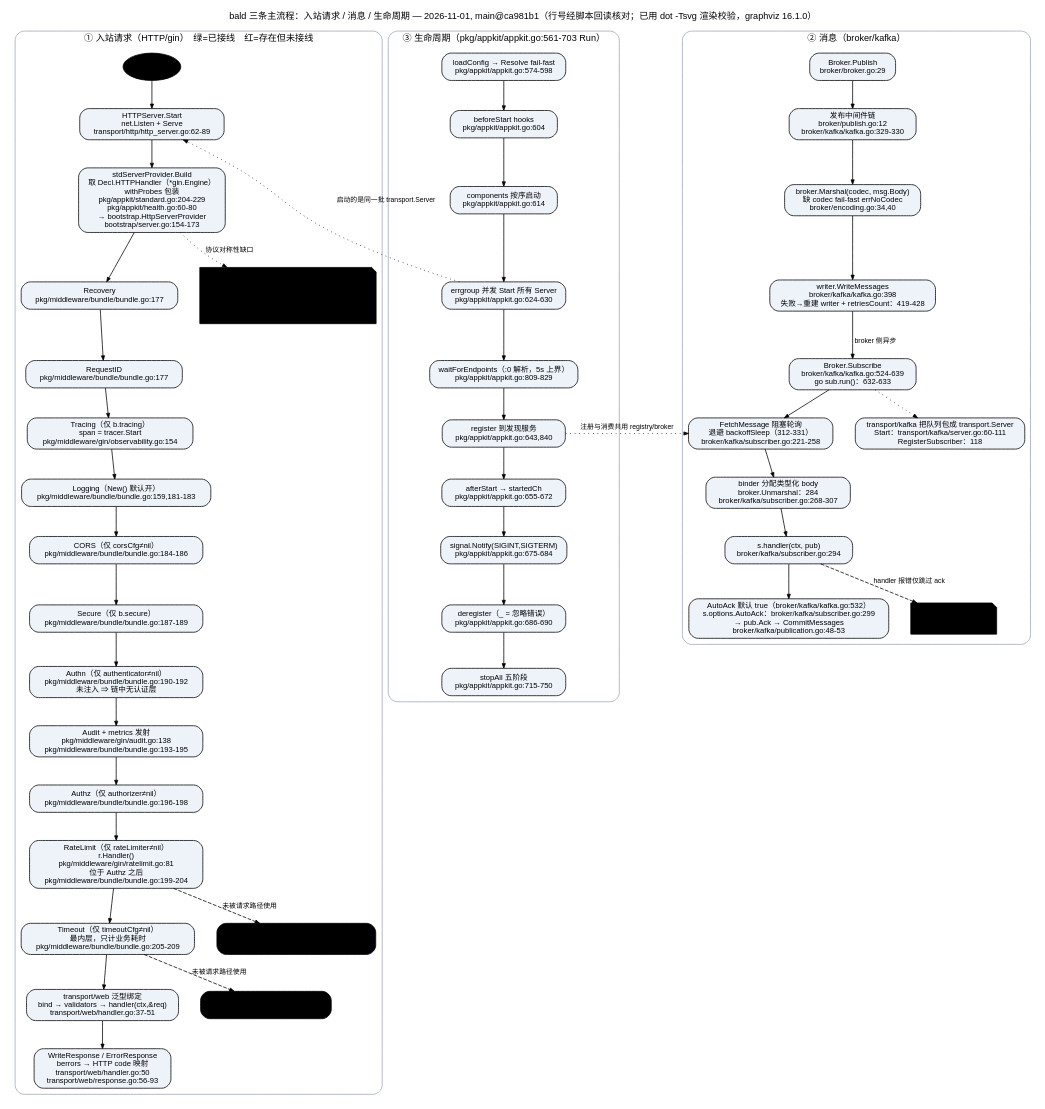
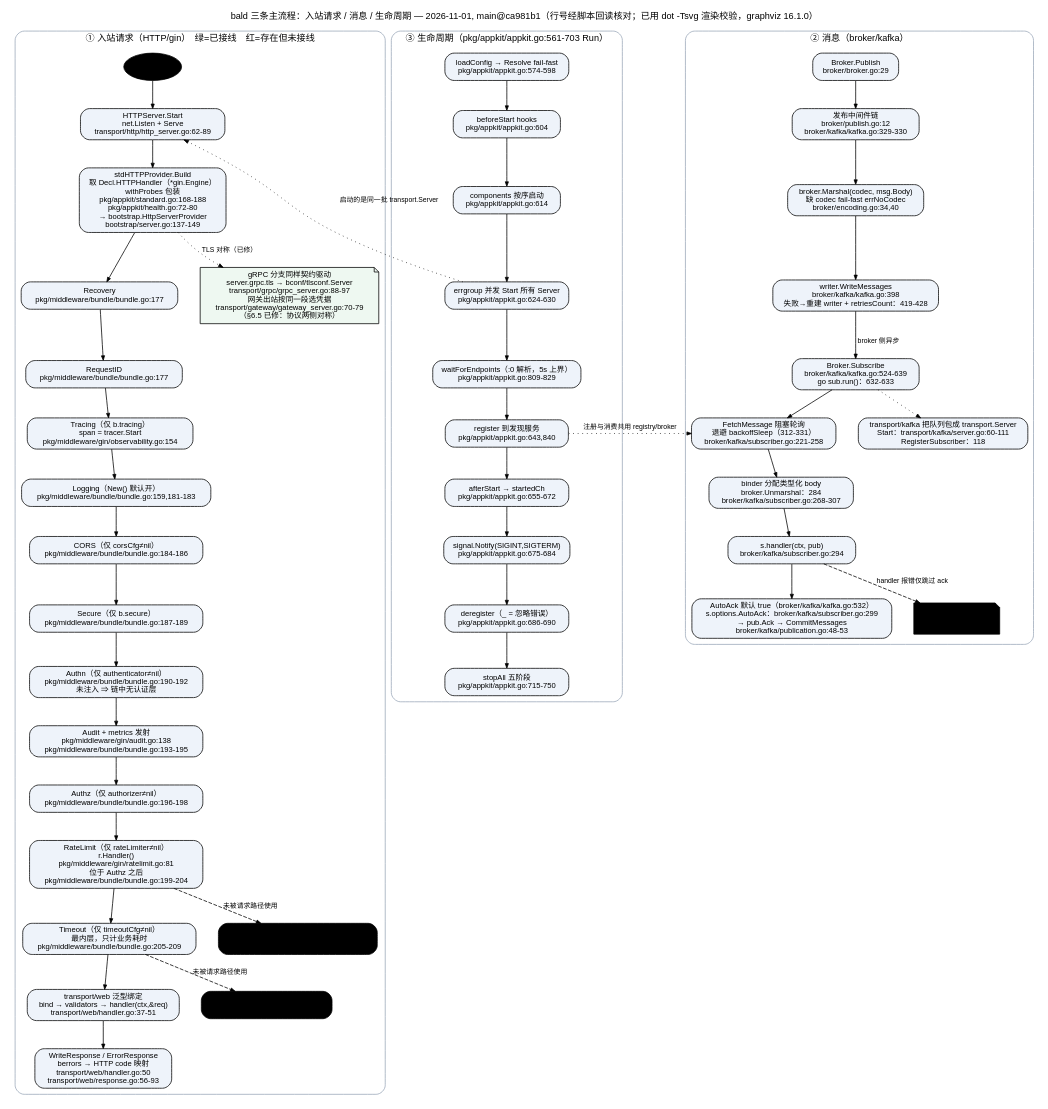
The diagram in docs/architecture/flows.dot (kalandramo/bald), drawn with Graphviz before and after one commit. The commit also changed 9 other files, not shown here.

First line of the commit message:
docs(architecture): 记录 §3.1 断环并重核引用与渲染快照

```diff
--- a/docs/architecture/flows.dot
+++ b/docs/architecture/flows.dot
@@ -1,84 +1,84 @@
 digraph bald_flows {
     rankdir=TB;
     graph [fontname="Helvetica", fontsize=12, labelloc=t, ranksep=0.5, nodesep=0.4,
            label="bald 三条主流程：入站请求 / 消息 / 生命周期 — 2026-11-01, main@ca981b1（行号经脚本回读核对；已用 dot -Tsvg 渲染校验，graphviz 16.1.0）"];
     node [fontname="Helvetica", fontsize=10, shape=box, style="rounded,filled", fillcolor="#eef3fa"];
     edge [fontname="Helvetica", fontsize=9, arrowsize=0.6];
 
     // ================= 子图 1：入站请求 =================
     subgraph cluster_req {
         label="① 入站请求（HTTP/gin）　绿=已接线　红=存在但未接线";
         style=rounded; color="#9aa7b8";
 
         client [label="客户端请求", shape=ellipse, fillcolor="#fff"];
         listen [label="HTTPServer.Start\nnet.Listen + Serve\n transport/http/http_server.go:62-89"];
-        build [label="stdServerProvider.Build\n取 Decl.HTTPHandler（*gin.Engine）\nwithProbes 包装\n pkg/appkit/standard.go:204-229\n pkg/appkit/health.go:60-80\n → bootstrap.HttpServerProvider\n bootstrap/server.go:154-173"];
+        build [label="stdHTTPProvider.Build\n取 Decl.HTTPHandler（*gin.Engine）\nwithProbes 包装\n pkg/appkit/standard.go:168-188\n pkg/appkit/health.go:72-80\n → bootstrap.HttpServerProvider\n bootstrap/server.go:137-149"];
         rec [label="Recovery\n pkg/middleware/bundle/bundle.go:177"];
         rid [label="RequestID\n pkg/middleware/bundle/bundle.go:177"];
         trc [label="Tracing（仅 b.tracing）\n span = tracer.Start\n pkg/middleware/gin/observability.go:154"];
         lg [label="Logging（New() 默认开）\n pkg/middleware/bundle/bundle.go:159,181-183"];
         cors [label="CORS（仅 corsCfg≠nil）\n pkg/middleware/bundle/bundle.go:184-186"];
         sec [label="Secure（仅 b.secure）\n pkg/middleware/bundle/bundle.go:187-189"];
         authn [label="Authn（仅 authenticator≠nil）\n pkg/middleware/bundle/bundle.go:190-192\n 未注入 ⇒ 链中无认证层"];
         audit [label="Audit + metrics 发射\n pkg/middleware/gin/audit.go:138\n pkg/middleware/bundle/bundle.go:193-195"];
         authz [label="Authz（仅 authorizer≠nil）\n pkg/middleware/bundle/bundle.go:196-198"];
         rl [label="RateLimit（仅 rateLimiter≠nil）\n r.Handler()\n pkg/middleware/gin/ratelimit.go:81\n 位于 Authz 之后\n pkg/middleware/bundle/bundle.go:199-204"];
         to [label="Timeout（仅 timeoutCfg≠nil）\n最内层，只计业务耗时\n pkg/middleware/bundle/bundle.go:205-209"];
         hdl [label="transport/web 泛型绑定\nbind → validators → handler(ctx,&req)\n transport/web/handler.go:37-51"];
         resp [label="WriteResponse / ErrorResponse\nberrors → HTTP code 映射\n transport/web/handler.go:50\n transport/web/response.go:56-93"];
 
         retry_box [label="retry\n零 importer\n（唯一提及 ratelimit/bbr/bbr.go:68 注释）", color="#c33", fontcolor="#c33", fillcolor="#fff"];
         cb_box [label="circuitbreaker\n无 transport / middleware 消费方", color="#c33", fontcolor="#c33", fillcolor="#fff"];
-        grpc_tls [label="gRPC 分支\n契约 server.grpc.tls 无人消费\nbootstrap/server.go:100-126 只读 reflection\n生成物硬编码 insecure\n internal/codegen/appspec_tmpl_app.go:288\n详见 risk-review.md §6.5", shape=note, color="#c33", fontcolor="#c33", fillcolor="#fff"];
+        grpc_tls [label="gRPC 分支同样契约驱动\nserver.grpc.tls → bconf/tlsconf.Server\n transport/grpc/grpc_server.go:88-97\n网关出站按同一段选凭据\n transport/gateway/gateway_server.go:70-79\n（§6.5 已修：协议两侧对称）", shape=note, color="#3a7", fontcolor="#2a6", fillcolor="#eef8f1"];
 
         client -> listen -> build -> rec;
         rec -> rid -> trc -> lg -> cors -> sec -> authn -> audit -> authz -> rl -> to -> hdl -> resp;
         rl -> retry_box [style=dashed, color="#c33", label="未被请求路径使用", fontcolor="#c33"];
         to -> cb_box [style=dashed, color="#c33", label="未被请求路径使用", fontcolor="#c33"];
-        build -> grpc_tls [style=dotted, color="#c33", label="协议对称性缺口", fontcolor="#c33"];
+        build -> grpc_tls [style=dotted, color="#3a7", label="TLS 对称（已修）", fontcolor="#2a6"];
     }
 
     // ================= 子图 2：消息流 =================
     subgraph cluster_msg {
         label="② 消息（broker/kafka）";
         style=rounded; color="#9aa7b8";
         pub [label="Broker.Publish\n broker/broker.go:29"];
         pubmw [label="发布中间件链\n broker/publish.go:12\n broker/kafka/kafka.go:329-330"];
         marshal [label="broker.Marshal(codec, msg.Body)\n缺 codec fail-fast errNoCodec\n broker/encoding.go:34,40"];
         write [label="writer.WriteMessages\n broker/kafka/kafka.go:398\n失败→重建 writer + retriesCount：419-428"];
         sub [label="Broker.Subscribe\n broker/kafka/kafka.go:524-639\ngo sub.run()：632-633"];
         poll [label="FetchMessage 阻塞轮询\n退避 backoffSleep（312-331）\n broker/kafka/subscriber.go:221-258"];
         unmarshal [label="binder 分配类型化 body\nbroker.Unmarshal：284\n broker/kafka/subscriber.go:268-307"];
         handler [label="s.handler(ctx, pub)\n broker/kafka/subscriber.go:294"];
         ack [label="AutoAck 默认 true（broker/kafka/kafka.go:532）\ns.options.AutoAck：broker/kafka/subscriber.go:299\n→ pub.Ack → CommitMessages\n broker/kafka/publication.go:48-53"];
         dlq [label="UNKNOWN\n无重投递 / 无死信队列\n（代码中未发现）", shape=note, color="#c33", fontcolor="#c33", fillcolor="#fff"];
         tsk [label="transport/kafka 把队列包成 transport.Server\nStart：transport/kafka/server.go:60-111\nRegisterSubscriber：118"];
 
         pub -> pubmw -> marshal -> write;
         write -> sub [label="broker 侧异步"];
         sub -> poll -> unmarshal -> handler -> ack;
         handler -> dlq [style=dashed, color="#c33", label="handler 报错仅跳过 ack", fontcolor="#c33"];
         sub -> tsk [style=dotted];
     }
 
     // ================= 子图 3：生命周期 =================
     subgraph cluster_life {
         label="③ 生命周期（pkg/appkit/appkit.go:561-703 Run）";
         style=rounded; color="#9aa7b8";
         l1 [label="loadConfig → Resolve fail-fast\n pkg/appkit/appkit.go:574-598"];
         l2 [label="beforeStart hooks\n pkg/appkit/appkit.go:604"];
         l3 [label="components 按序启动\n pkg/appkit/appkit.go:614"];
         l4 [label="errgroup 并发 Start 所有 Server\n pkg/appkit/appkit.go:624-630"];
         l5 [label="waitForEndpoints（:0 解析，5s 上界）\n pkg/appkit/appkit.go:809-829"];
         l6 [label="register 到发现服务\n pkg/appkit/appkit.go:643,840"];
         l7 [label="afterStart → startedCh\n pkg/appkit/appkit.go:655-672"];
         l8 [label="signal.Notify(SIGINT,SIGTERM)\n pkg/appkit/appkit.go:675-684"];
         l9 [label="deregister（_ = 忽略错误）\n pkg/appkit/appkit.go:686-690"];
         l10 [label="stopAll 五阶段\n pkg/appkit/appkit.go:715-750"];
         l1 -> l2 -> l3 -> l4 -> l5 -> l6 -> l7 -> l8 -> l9 -> l10;
     }
 
     // 跨子图接缝（不强制布局）
     l4 -> listen [style=dotted, color="#666", label="启动的是同一批 transport.Server", constraint=false];
     l6 -> poll [style=dotted, color="#666", label="注册与消费共用 registry/broker", constraint=false];
 }
```
